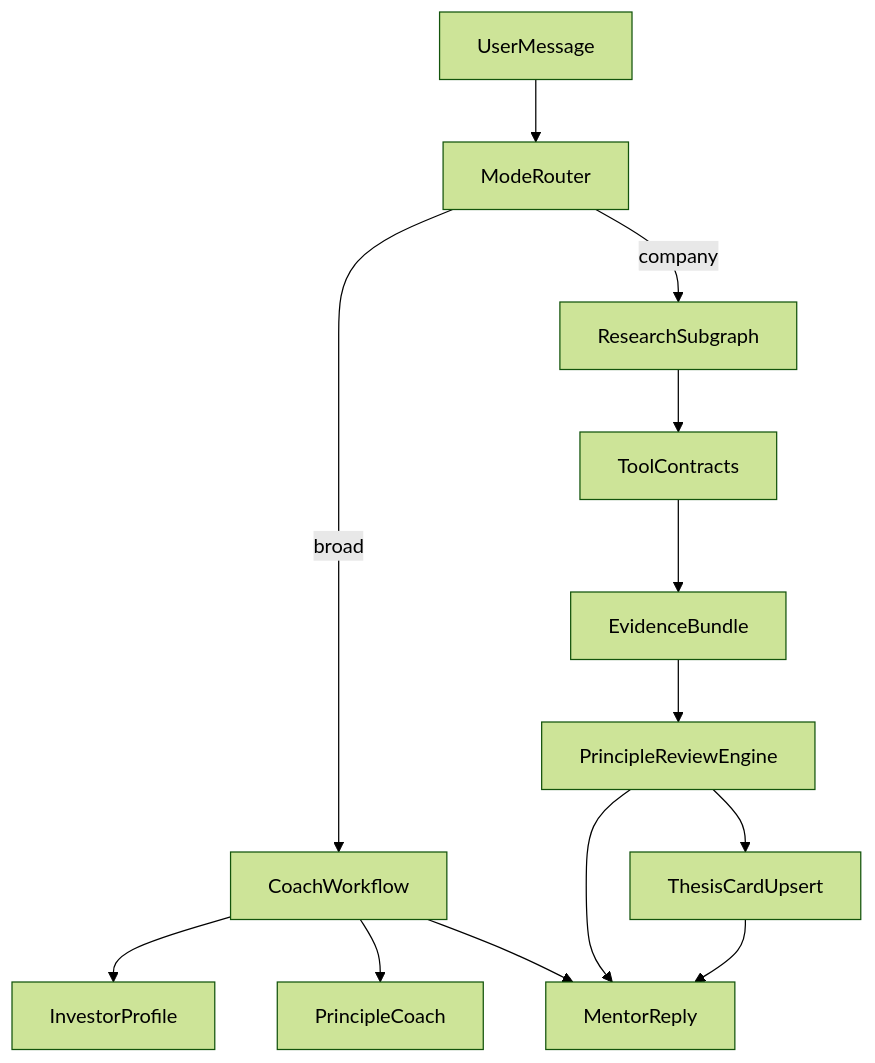
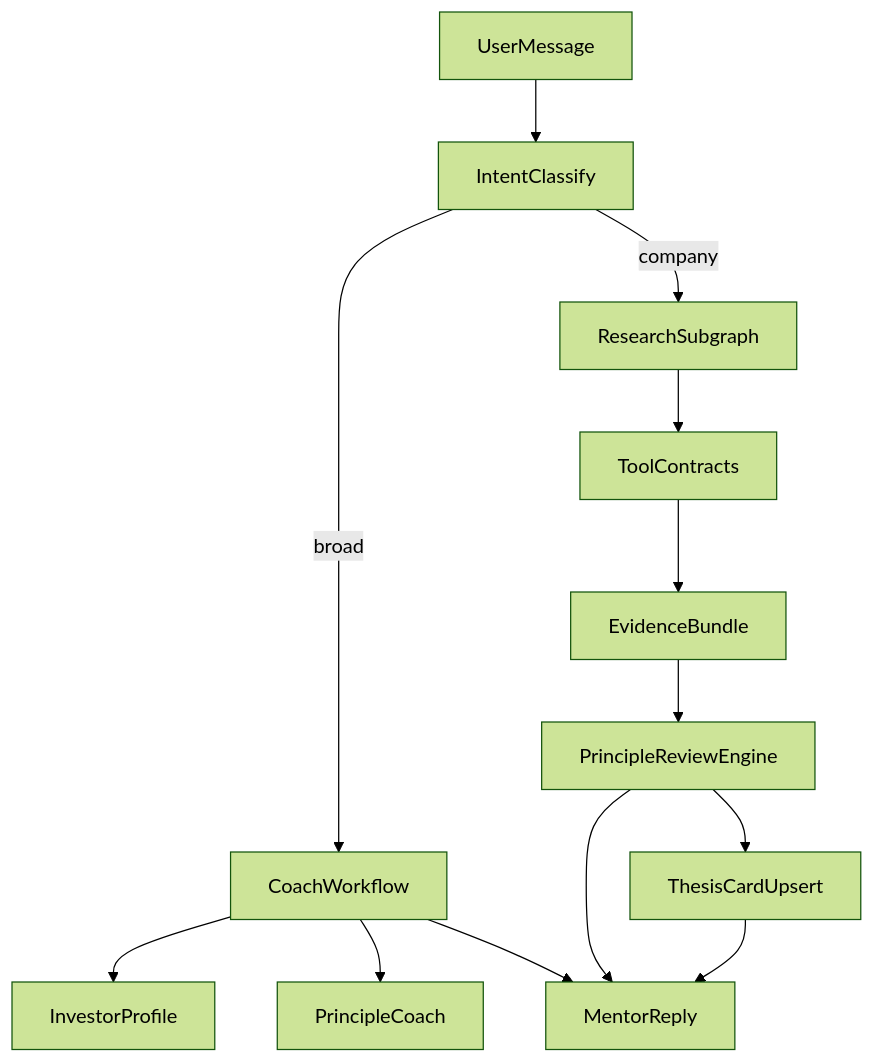
One commit to yueningbo/my_buffett changed the diagram in docs/ARCHITECTURE.md. Above: the diagram before and after it, drawn with Mermaid (forest theme). The commit also changed other lines of this file and 40 other files, not shown here.

````diff
--- a/docs/ARCHITECTURE.md
+++ b/docs/ARCHITECTURE.md
@@ -29,15 +30,15 @@
 ```mermaid
 flowchart TD
-  userMsg[UserMessage] --> router[ModeRouter]
-  router -->|broad| coach[CoachWorkflow]
-  router -->|company| research[ResearchSubgraph]
+  userMsg[UserMessage] --> classify[IntentClassify]
+  classify -->|broad| coach[CoachWorkflow]
+  classify -->|company| research[ResearchSubgraph]
   coach --> profile[InvestorProfile]
   coach --> principles[PrincipleCoach]
   research --> tools[ToolContracts]
   tools --> evidence[EvidenceBundle]
   evidence --> review[PrincipleReviewEngine]
   review --> thesis[ThesisCardUpsert]
   coach --> reply[MentorReply]
   review --> reply
   thesis --> reply
 ```
````
